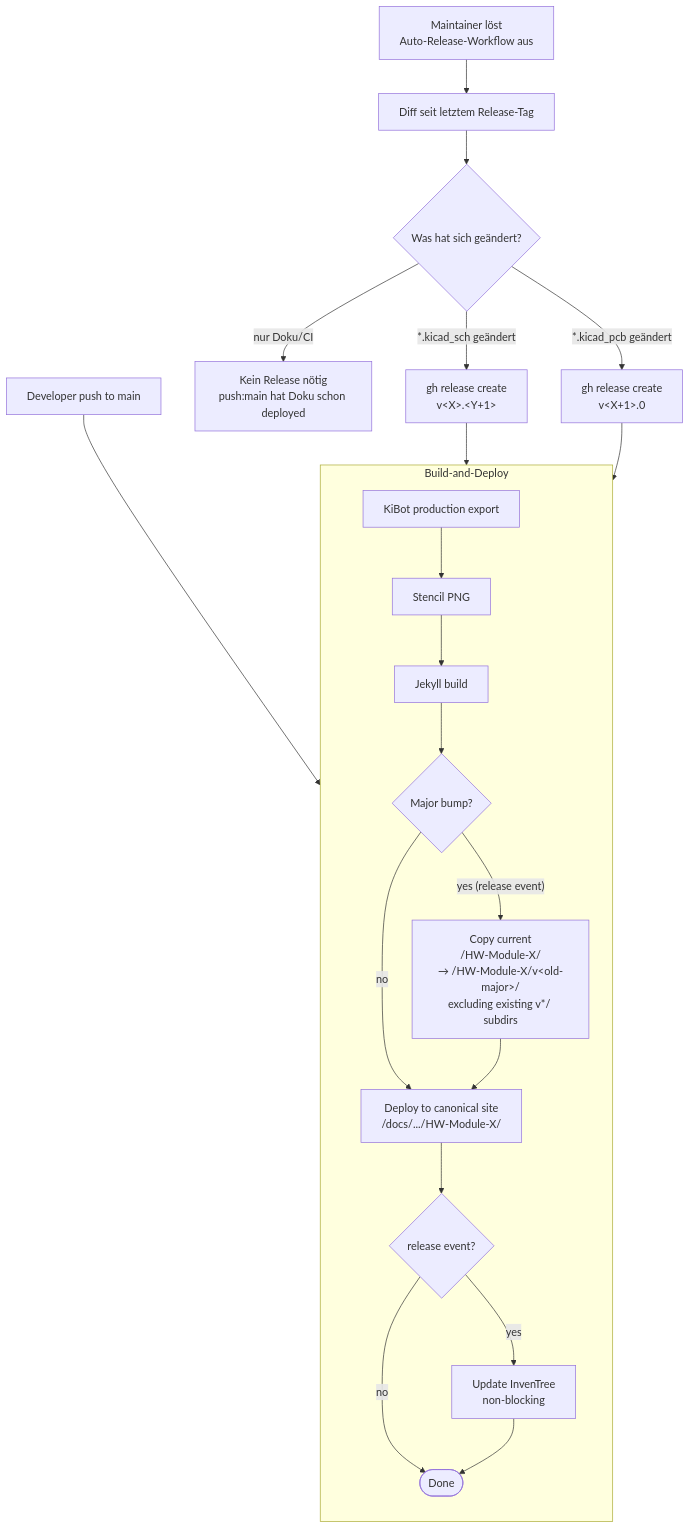
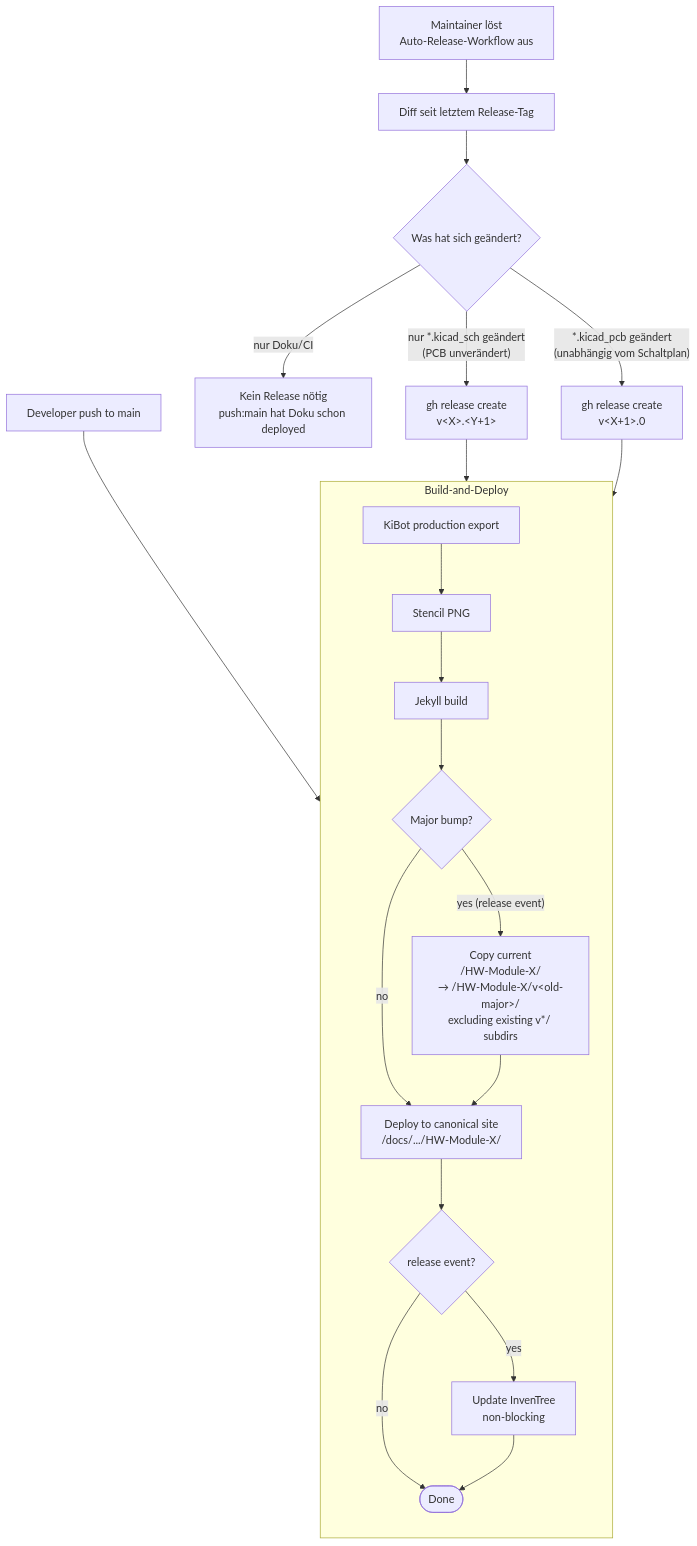
The diagram in docs/remote-station/hardware/versioning.md (OE5XRX/OE5XRX.github.io), drawn with Mermaid before and after one commit. The commit also changed other lines of this file, not shown here.

````diff
--- a/docs/remote-station/hardware/versioning.md
+++ b/docs/remote-station/hardware/versioning.md
@@ -26,30 +26,30 @@
 ```mermaid
 flowchart TB
     Push[Developer push to main]
     Disp[Maintainer löst<br/>Auto-Release-Workflow aus]
 
     Push --> Build1
     Disp --> AutoCalc
 
     subgraph BuildPath [Build-and-Deploy]
         direction TB
         Build1[KiBot production export]
         Build1 --> Stencil1[Stencil PNG]
         Stencil1 --> Jekyll1[Jekyll build]
         Jekyll1 --> CheckMajor{Major bump?}
         CheckMajor -->|"yes (release event)"| Archive[Copy current<br/>/HW-Module-X/<br/>→ /HW-Module-X/v&lt;old-major&gt;/<br/>excluding existing v*/ subdirs]
         CheckMajor -->|"no"| Deploy1
         Archive --> Deploy1[Deploy to canonical site<br/>/docs/.../HW-Module-X/]
         Deploy1 --> InvenTree{release event?}
         InvenTree -->|"yes"| InvenT[Update InvenTree<br/>non-blocking]
         InvenTree -->|"no"| Done1([Done])
         InvenT --> Done1
     end
 
     AutoCalc[Diff seit letztem Release-Tag] --> Decide{Was hat sich geändert?}
     Decide -->|"nur Doku/CI"| NoTag[Kein Release nötig<br/>push:main hat Doku schon deployed]
-    Decide -->|"*.kicad_sch geändert"| Minor[gh release create<br/>v&lt;X&gt;.&lt;Y+1&gt;]
-    Decide -->|"*.kicad_pcb geändert"| Major[gh release create<br/>v&lt;X+1&gt;.0]
+    Decide -->|"nur *.kicad_sch geändert<br/>(PCB unverändert)"| Minor[gh release create<br/>v&lt;X&gt;.&lt;Y+1&gt;]
+    Decide -->|"*.kicad_pcb geändert<br/>(unabhängig vom Schaltplan)"| Major[gh release create<br/>v&lt;X+1&gt;.0]
     Minor --> Build1
     Major --> Build1
 ```
````
